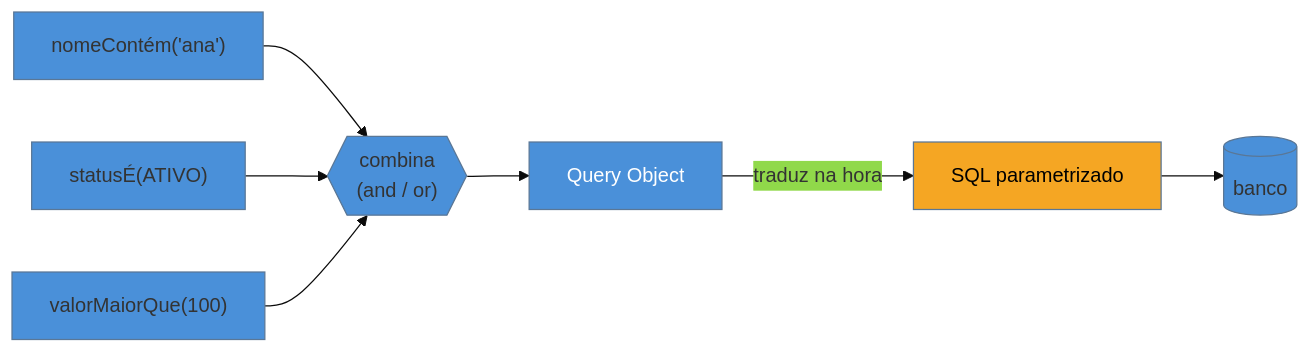
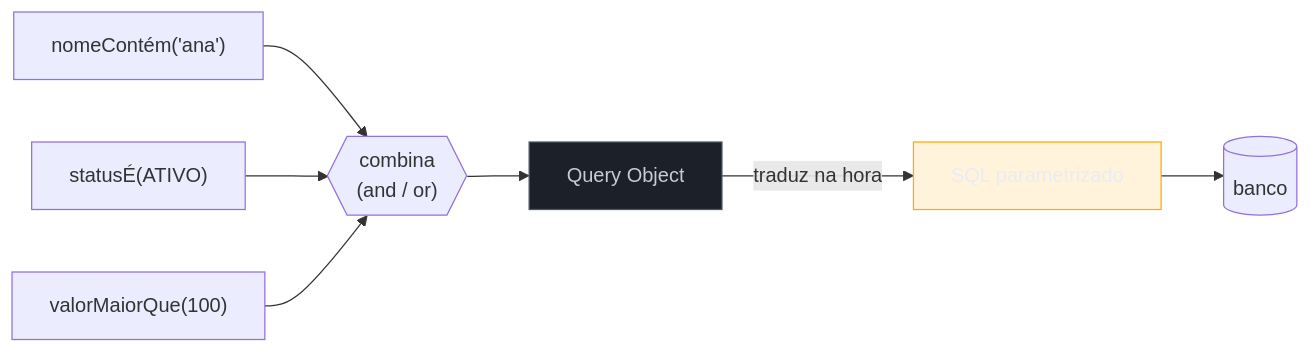
The diagram in 03-Dominios/Engenharia/Design de Software/Padrões de Projeto/Acesso a Dados/13 - Query Object.md (josenaldo/codex-technomanticus), drawn with Mermaid before and after one commit. The commit also changed 1181 other files, not shown here.

First line of the commit message:
fix(diagramas): paleta do sistema no lugar de cor cravada no markdown

````diff
--- a/03-Dominios/Engenharia/Design de Software/Padrões de Projeto/Acesso a Dados/13 - Query Object.md
+++ b/03-Dominios/Engenharia/Design de Software/Padrões de Projeto/Acesso a Dados/13 - Query Object.md
@@ -42,13 +42,14 @@
 ```mermaid
-%%{init: {"theme": "base", "themeVariables": {"primaryColor": "#4A90D9"}}}%%
 graph LR
+    classDef neutro fill:#1B2029,stroke:#4E5666,color:#C6CCD8
+    classDef destaque fill:#FFAA0024,stroke:#FFAA00,color:#E9ECF2
     C1["nomeContém('ana')"] --> AND{{"combina<br/>(and / or)"}}
     C2["statusÉ(ATIVO)"] --> AND
     C3["valorMaiorQue(100)"] --> AND
     AND --> Q["Query Object"]
     Q -->|"traduz na hora"| SQL["SQL parametrizado"]
     SQL --> DB[("banco")]
 
-    style Q fill:#4A90D9,color:#fff
-    style SQL fill:#F5A623,color:#000
+    class Q neutro
+    class SQL destaque
 ```
````
